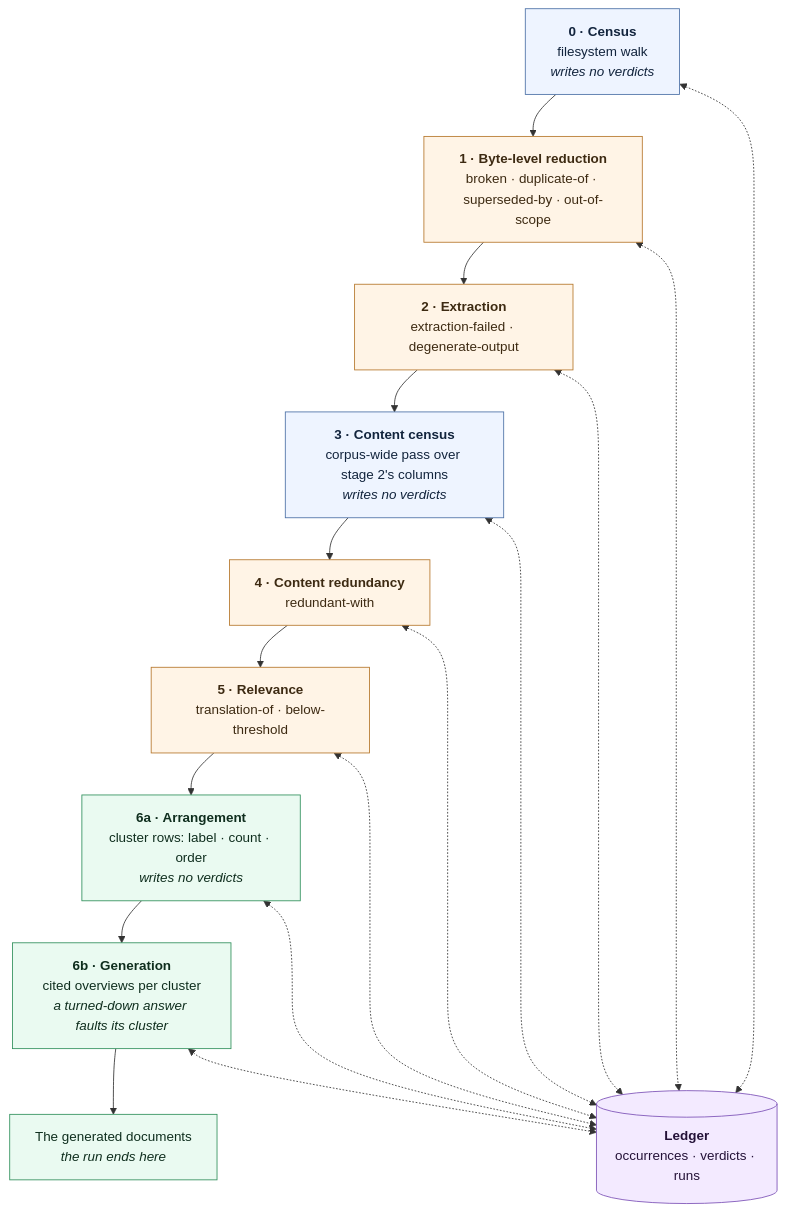
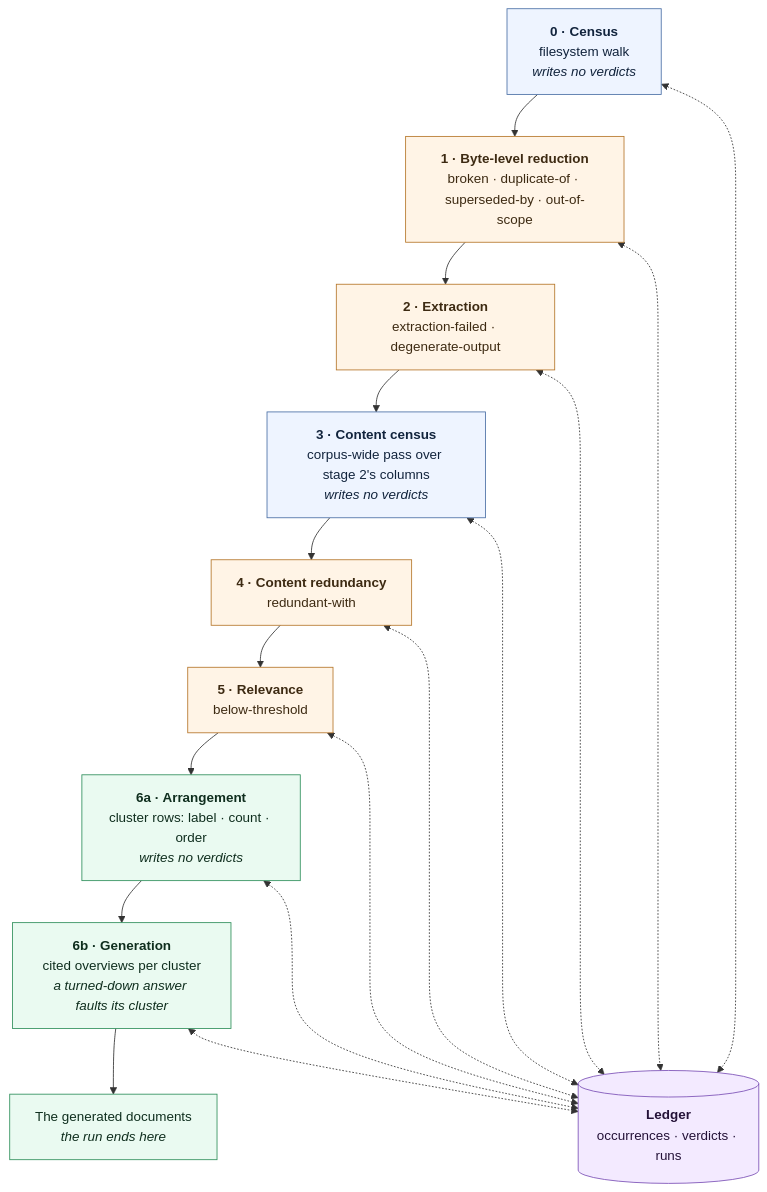
The first of 6 diagrams in docs/architecture.md (algernon28/vespera), drawn with Mermaid before and after one commit. The commit also changed other lines of this file and 41 other files, not shown here.

````diff
--- a/docs/architecture.md
+++ b/docs/architecture.md
@@ -35,33 +35,33 @@
 ```mermaid
 flowchart TD
     S0["<b>0 · Census</b><br/>filesystem walk<br/><i>writes no verdicts</i>"]
     S1["<b>1 · Byte-level reduction</b><br/>broken · duplicate-of · superseded-by · out-of-scope"]
     S2["<b>2 · Extraction</b><br/>extraction-failed · degenerate-output"]
     S3["<b>3 · Content census</b><br/>corpus-wide pass over stage 2's columns<br/><i>writes no verdicts</i>"]
     S4["<b>4 · Content redundancy</b><br/>redundant-with"]
-    S5["<b>5 · Relevance</b><br/>translation-of · below-threshold"]
+    S5["<b>5 · Relevance</b><br/>below-threshold"]
     S6A["<b>6a · Arrangement</b><br/>cluster rows: label · count · order<br/><i>writes no verdicts</i>"]
     S6B["<b>6b · Generation</b><br/>cited overviews per cluster<br/><i>a turned-down answer faults its cluster</i>"]
     LEDGER[("<b>Ledger</b><br/>occurrences · verdicts · runs")]
     ART["The generated documents<br/><i>the run ends here</i>"]
 
     S0 --> S1 --> S2 --> S3 --> S4 --> S5 --> S6A --> S6B --> ART
 
     S0 <-.-> LEDGER
     S1 <-.-> LEDGER
     S2 <-.-> LEDGER
     S3 <-.-> LEDGER
     S4 <-.-> LEDGER
     S5 <-.-> LEDGER
     S6A <-.-> LEDGER
     S6B <-.-> LEDGER
 
     classDef measure fill:#eef4ff,stroke:#4a6fa5,color:#12243d
     classDef judge fill:#fff4e6,stroke:#b5762a,color:#3d2a12
     classDef out fill:#eafaf1,stroke:#2f8f5b,color:#0f2e1e
     classDef store fill:#f3eaff,stroke:#7a4fb5,color:#241238
     class S0,S3 measure
     class S1,S2,S4,S5 judge
     class S6A,S6B,ART out
     class LEDGER store
 ```
````
